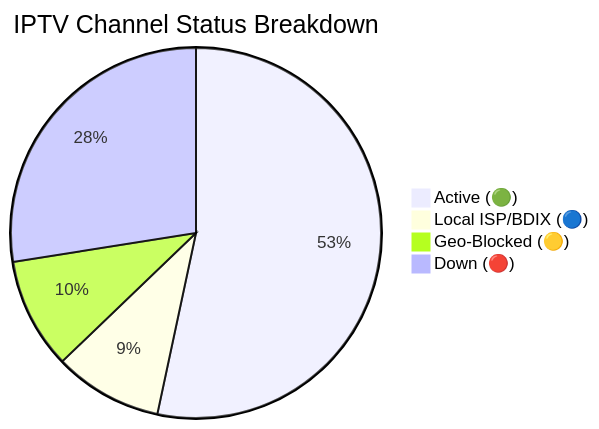
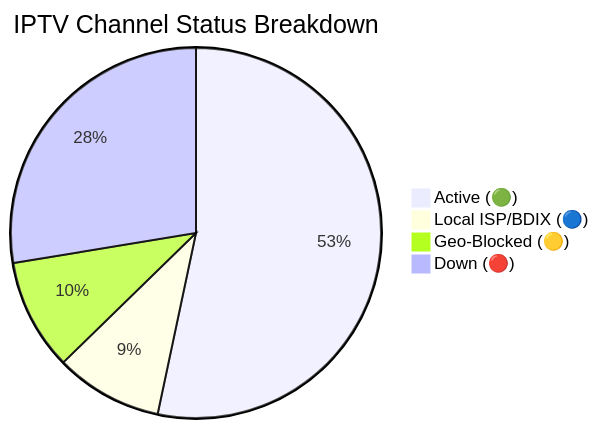
Before and after one commit to f6388600-ai/Web: the diagram in README.md, drawn with Mermaid. The commit also changed other lines of this file and 6 other files, not shown here.

````diff
--- a/README.md
+++ b/README.md
@@ -149,7 +149,7 @@
 ```mermaid
 pie title IPTV Channel Status Breakdown
-    "Active (🟢)" : 9143
-    "Local ISP/BDIX (🔵)" : 1624
-    "Geo-Blocked (🟡)" : 1658
-    "Down (🔴)" : 4713
+    "Active (🟢)" : 9098
+    "Local ISP/BDIX (🔵)" : 1600
+    "Geo-Blocked (🟡)" : 1655
+    "Down (🔴)" : 4709
 ```
````
